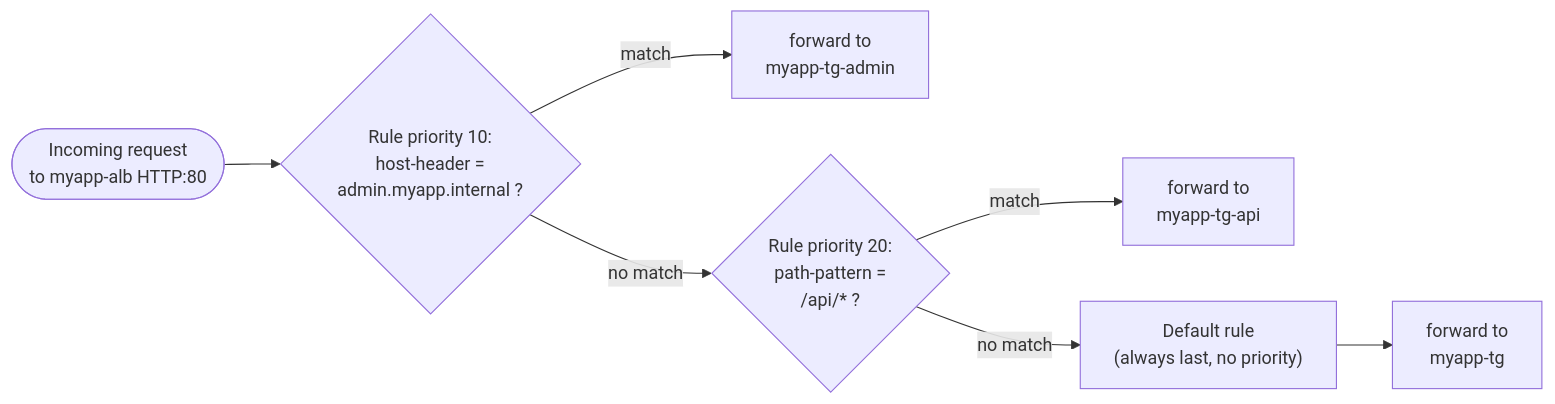
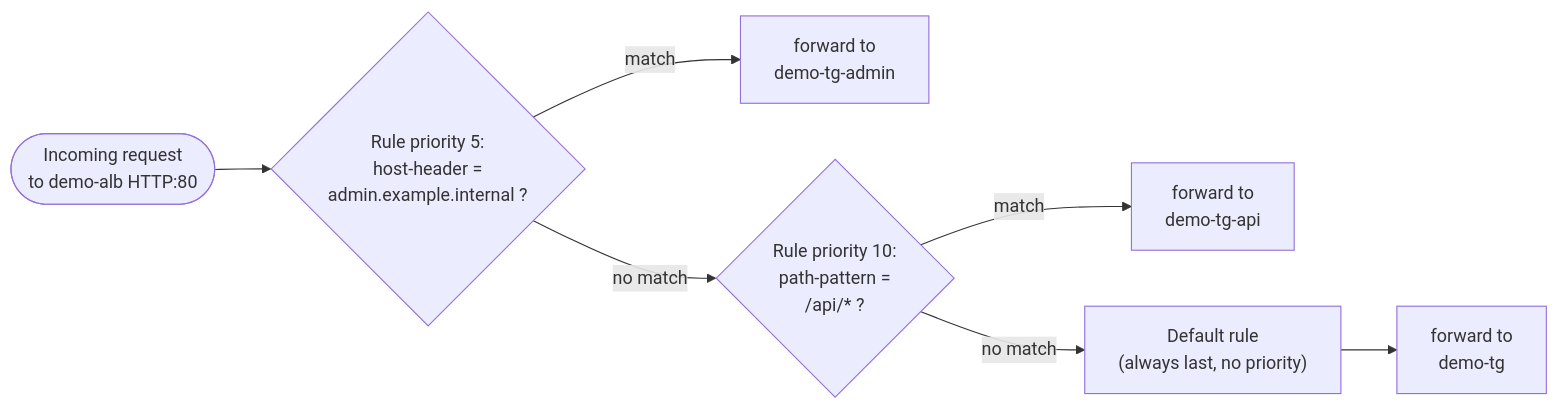
Before and after one commit to msdeepak052/AWS_Imp_Concepts: the diagram in EC2/LoadBalancer/06-Path-Based-vs-Host-Based-Routing.md, drawn with Mermaid. The commit also changed other lines of this file and 66 other files, not shown here.

````diff
--- a/EC2/LoadBalancer/06-Path-Based-vs-Host-Based-Routing.md
+++ b/EC2/LoadBalancer/06-Path-Based-vs-Host-Based-Routing.md
@@ -101,9 +101,9 @@
 ```mermaid
 flowchart LR
-    REQ(["Incoming request<br/>to myapp-alb HTTP:80"]) --> R1{"Rule priority 10:<br/>host-header =<br/>admin.myapp.internal ?"}
-    R1 -->|"match"| TGADMIN["forward to<br/>myapp-tg-admin"]
-    R1 -->|"no match"| R2{"Rule priority 20:<br/>path-pattern =<br/>/api/* ?"}
-    R2 -->|"match"| TGAPI["forward to<br/>myapp-tg-api"]
+    REQ(["Incoming request<br/>to demo-alb HTTP:80"]) --> R1{"Rule priority 5:<br/>host-header =<br/>admin.example.internal ?"}
+    R1 -->|"match"| TGADMIN["forward to<br/>demo-tg-admin"]
+    R1 -->|"no match"| R2{"Rule priority 10:<br/>path-pattern =<br/>/api/* ?"}
+    R2 -->|"match"| TGAPI["forward to<br/>demo-tg-api"]
     R2 -->|"no match"| DEFAULT["Default rule<br/>(always last, no priority)"]
-    DEFAULT --> TG["forward to<br/>myapp-tg"]
+    DEFAULT --> TG["forward to<br/>demo-tg"]
 ```
````
